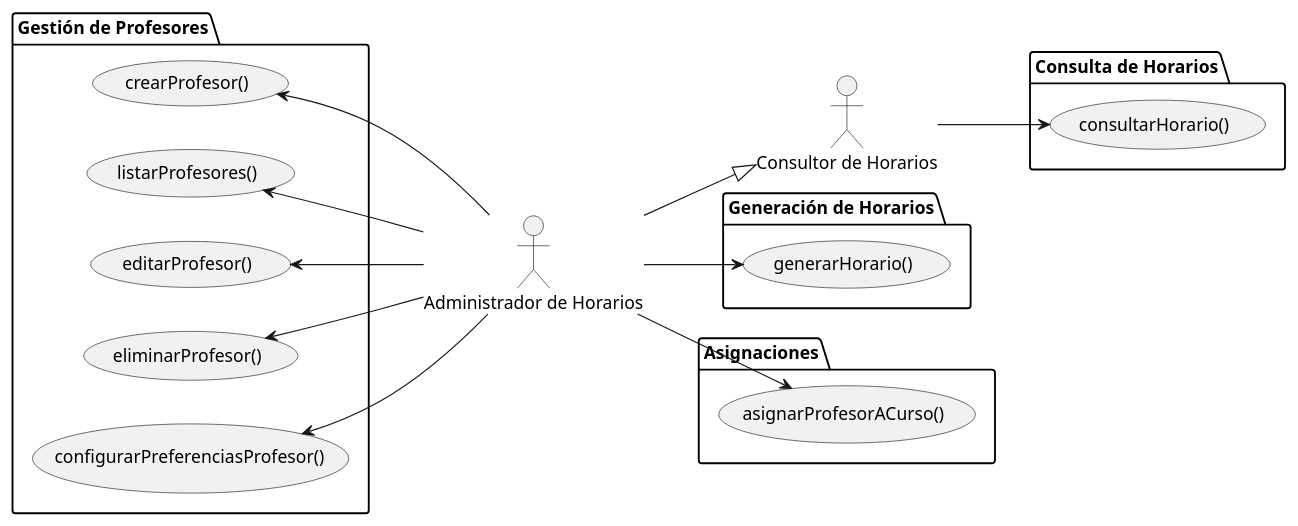
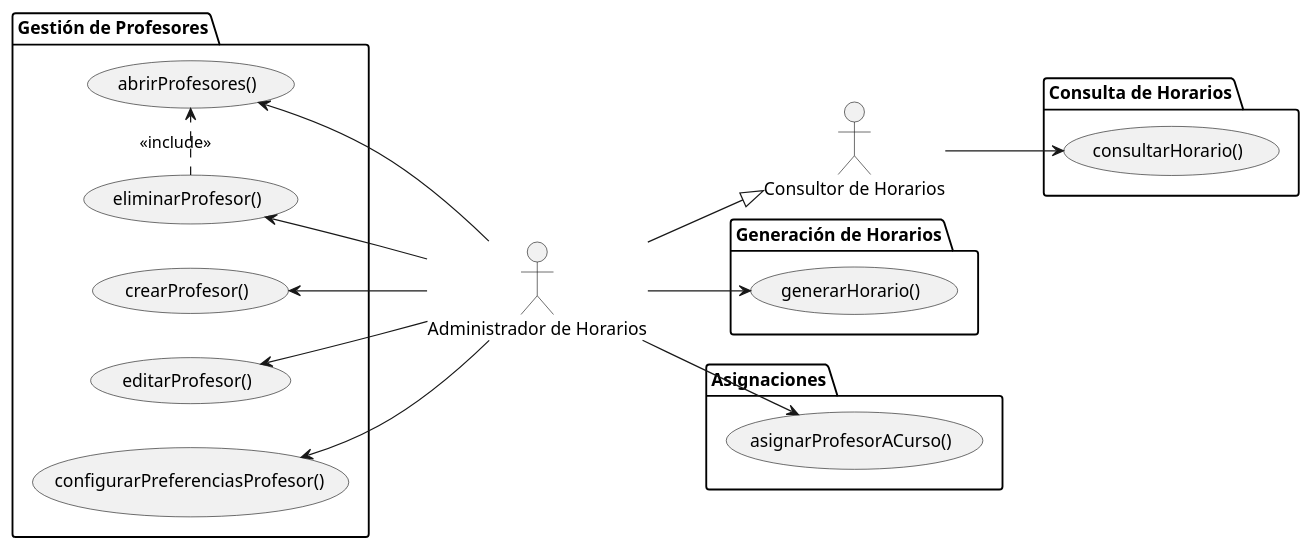
One commit to Hexcss/scheduler changed the diagram in RUP/00-casos-uso/01-actores-casos-uso/actores-casos-uso-002.puml. Above: the diagram before and after it, drawn with PlantUML. The commit also changed 16 other files, not shown here.

First line of the commit message:
feat(rup): implementar eliminarPrograma() con patrón <<include>>

```diff
--- a/RUP/00-casos-uso/01-actores-casos-uso/actores-casos-uso-002.puml
+++ b/RUP/00-casos-uso/01-actores-casos-uso/actores-casos-uso-002.puml
@@ -1,44 +1,45 @@
 @startuml
 
 left to right direction
 
 actor "Administrador de Horarios" as admin
 actor "Consultor de Horarios" as consultor
 
 consultor <|-up- admin 
 
 
 package "Gestión de Profesores" {
     usecase crearProfesor as "crearProfesor()"
-    usecase listarProfesores as "listarProfesores()"
+    usecase abrirProfesores as "abrirProfesores()"
     usecase editarProfesor as "editarProfesor()"
     usecase eliminarProfesor as "eliminarProfesor()"
     usecase configurarPreferenciasProfesor as "configurarPreferenciasProfesor()"
 }
 
 package "Consulta de Horarios" {
     usecase consultarHorario as "consultarHorario()"
 }
 
 package "Generación de Horarios" {
     usecase generarHorario as "generarHorario()"
 }
 
 package "Asignaciones" {
     usecase asignarProfesorACurso as "asignarProfesorACurso()"
 }
 
 
 (crearProfesor) <-- admin
-(listarProfesores) <-- admin
+(abrirProfesores) <-- admin
 (editarProfesor) <-- admin
 (eliminarProfesor) <-- admin
 (configurarPreferenciasProfesor) <-- admin
 
 consultor --> (consultarHorario)
 
 admin --> (asignarProfesorACurso)
 admin --> (generarHorario)
 
+eliminarProfesor .> abrirProfesores : <<include>>
 
 @enduml
```
